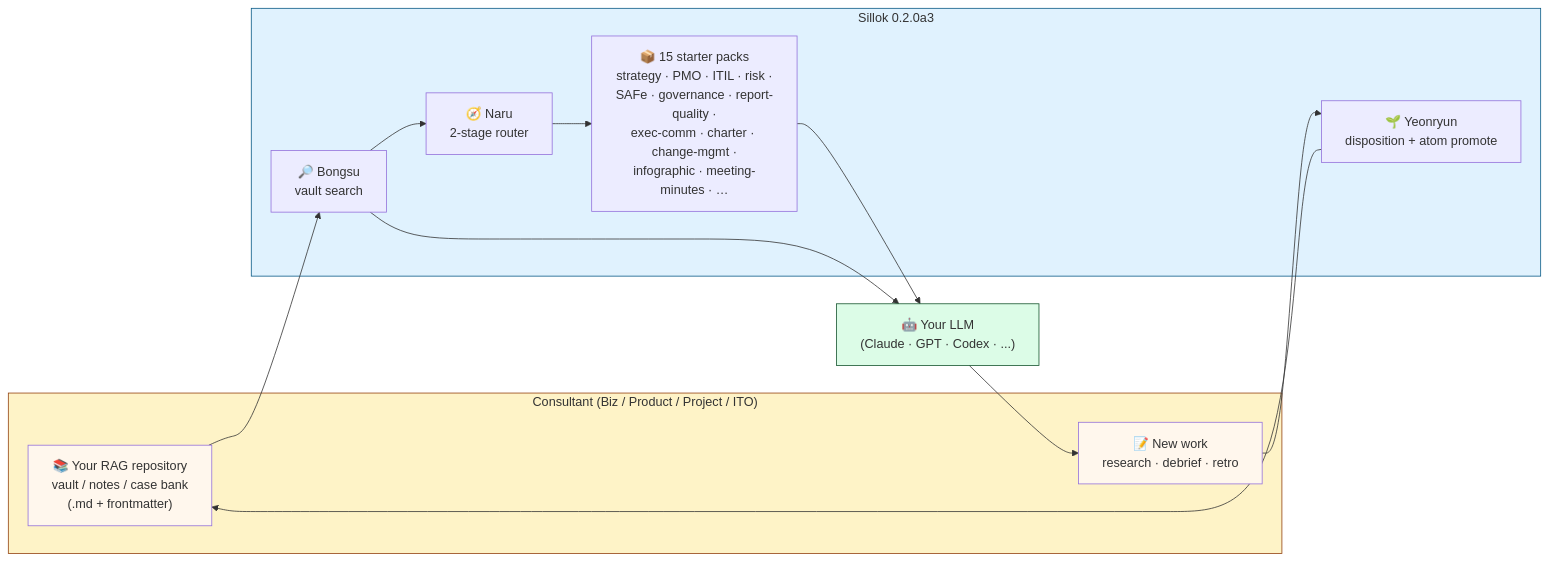
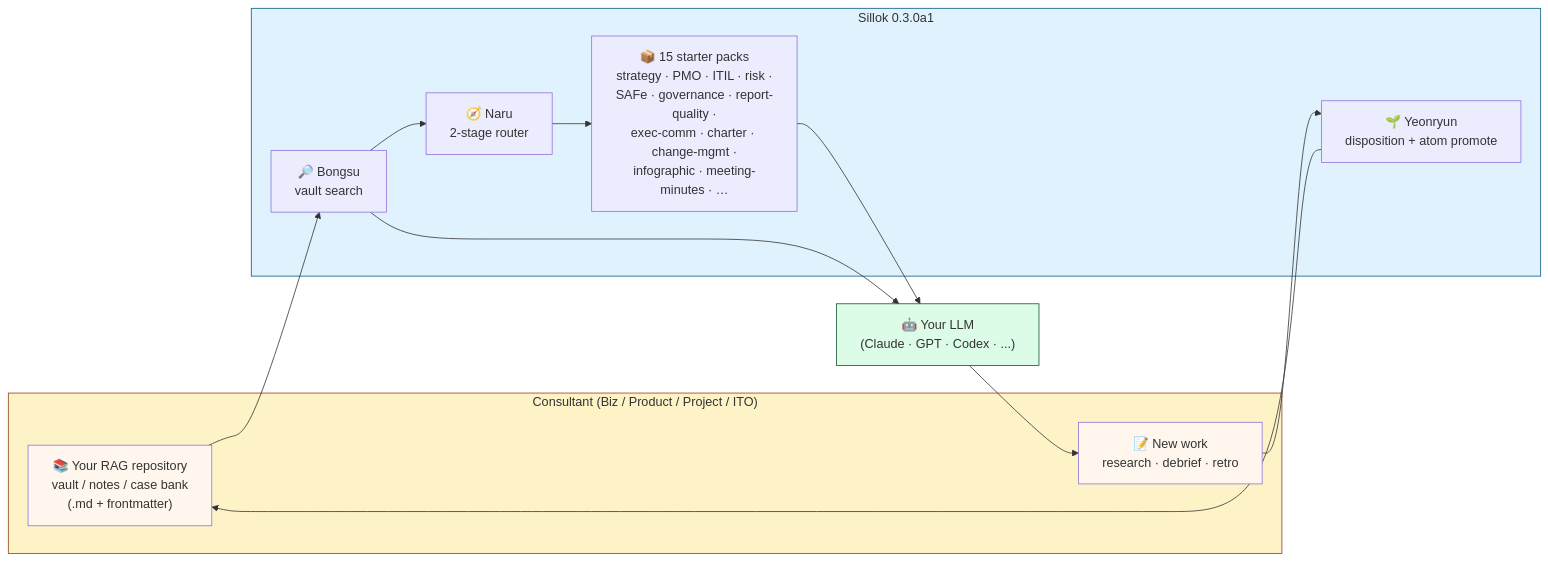
The first of 2 diagrams in README.md (sillok-os/sillok), drawn with Mermaid before and after one commit. The commit also changed other lines of this file and 7 other files, not shown here.

````diff
--- a/README.md
+++ b/README.md
@@ -48,31 +50,31 @@
 ```mermaid
 flowchart LR
     subgraph YOU["Consultant (Biz / Product / Project / ITO)"]
         VAULT["📚 Your RAG repository<br/>vault / notes / case bank<br/>(.md + frontmatter)"]
         WORK["📝 New work<br/>research · debrief · retro"]
     end
 
-    subgraph SILLOK["Sillok 0.2.0a3"]
+    subgraph SILLOK["Sillok 0.3.0a1"]
         PACKS["📦 15 starter packs<br/>strategy · PMO · ITIL · risk ·<br/>SAFe · governance · report-quality ·<br/>exec-comm · charter · change-mgmt ·<br/>infographic · meeting-minutes · …"]
         ROUTER["🧭 Naru<br/>2-stage router"]
         SEARCH["🔎 Bongsu<br/>vault search"]
         PROMOTE["🌱 Yeonryun<br/>disposition + atom promote"]
     end
 
     LLM["🤖 Your LLM<br/>(Claude · GPT · Codex · ...)"]
 
     VAULT --> SEARCH
     SEARCH --> ROUTER
     ROUTER --> PACKS
     PACKS --> LLM
     SEARCH --> LLM
     LLM --> WORK
     WORK --> PROMOTE
     PROMOTE --> VAULT
 
     style YOU fill:#fef3c7,stroke:#92400e
     style SILLOK fill:#e0f2fe,stroke:#075985
     style VAULT fill:#fff7ed
     style WORK fill:#fff7ed
     style LLM fill:#dcfce7,stroke:#14532d
 ```
````
